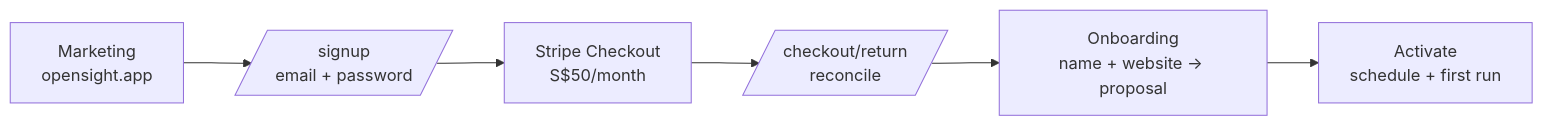
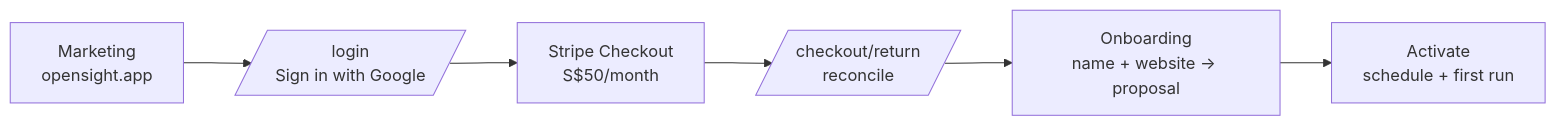
Before and after one commit to tanjoshua/opensight: the diagram in docs/design/08-billing.md, drawn with Mermaid. The commit also changed other lines of this file and 74 other files, not shown here.

````diff
--- a/docs/design/08-billing.md
+++ b/docs/design/08-billing.md
@@ -9,8 +9,8 @@
 ```mermaid
 flowchart LR
-    M[Marketing<br/>opensight.app] --> S[/signup<br/>email + password/]
+    M[Marketing<br/>opensight.app] --> S[/login<br/>Sign in with Google/]
     S --> C[Stripe Checkout<br/>S$50/month]
     C --> R[/checkout/return<br/>reconcile/]
     R --> O[Onboarding<br/>name + website → proposal]
     O --> A[Activate<br/>schedule + first run]
 ```
````
